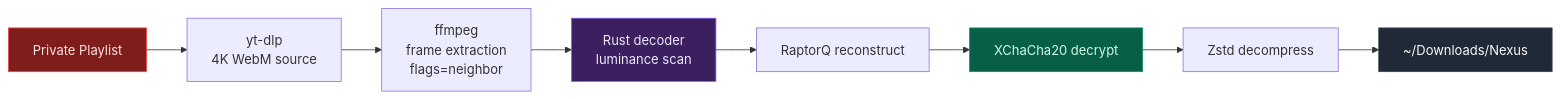
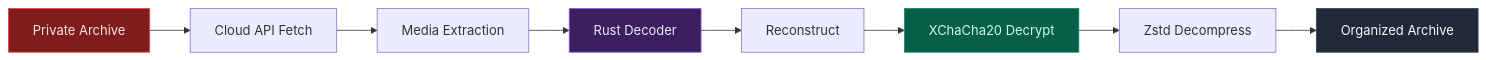
Before and after one commit to KOUSSEMON-Aurel/Nexus-Storage: the second of 3 diagrams in README.md, drawn with Mermaid. The commit also changed other lines of this file, not shown here.

````diff
--- a/README.md
+++ b/README.md
@@ -122,15 +116,14 @@
 ```mermaid
 graph LR
-    A[Private Playlist] --> B[yt-dlp\n4K WebM source]
-    B --> C[ffmpeg\nframe extraction\nflags=neighbor]
-    C --> D[Rust decoder\nluminance scan]
-    D --> E[RaptorQ reconstruct]
-    E --> F[XChaCha20 decrypt]
-    F --> G[Zstd decompress]
-    G --> H[~/Downloads/Nexus]
-
+    A[Private Archive] --> B[Cloud API Fetch]
+    B --> C[Media Extraction]
+    C --> D[Rust Decoder]
+    D --> E[Reconstruct]
+    E --> F[XChaCha20 Decrypt]
+    F --> G[Zstd Decompress]
+    G --> H[Organized Archive]
     style A fill:#7F1D1D,color:#FEE2E2,stroke:#EF4444
     style D fill:#3B1F5E,color:#EDE9FE,stroke:#8B5CF6
     style F fill:#065F46,color:#D1FAE5,stroke:#059669
     style H fill:#1F2937,color:#F9FAFB,stroke:#374151
 ```
````
